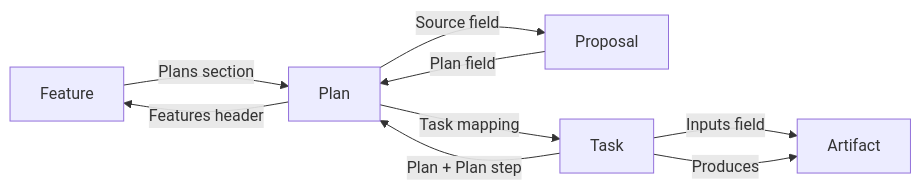
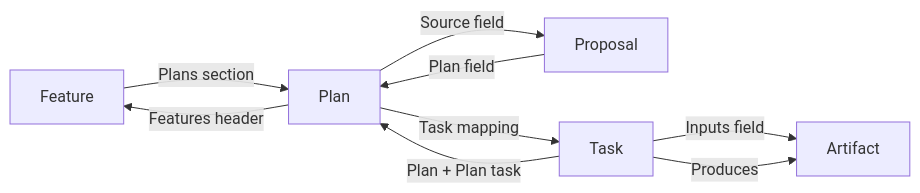
The third of 7 diagrams in spec/architecture/spec-to-execution.md (synchestra-io/synchestra), drawn with Mermaid before and after one commit. The commit also changed other lines of this file and 2 other files, not shown here.

Commit message:
refactor: update spec-to-execution architecture for unified plan/task model

````diff
--- a/spec/architecture/spec-to-execution.md
+++ b/spec/architecture/spec-to-execution.md
@@ -94,17 +94,17 @@
 ```mermaid
 graph LR
     F["Feature"]
     PR["Proposal"]
     DP["Plan"]
     T["Task"]
     A["Artifact"]
 
     F -->|"Plans section"| DP
     PR -->|"Plan field"| DP
     DP -->|"Features header"| F
     DP -->|"Source field"| PR
     DP -->|"Task mapping"| T
-    T -->|"Plan + Plan step"| DP
+    T -->|"Plan + Plan task"| DP
     T -->|"Inputs field"| A
     T -->|"Produces"| A
 ```
````
